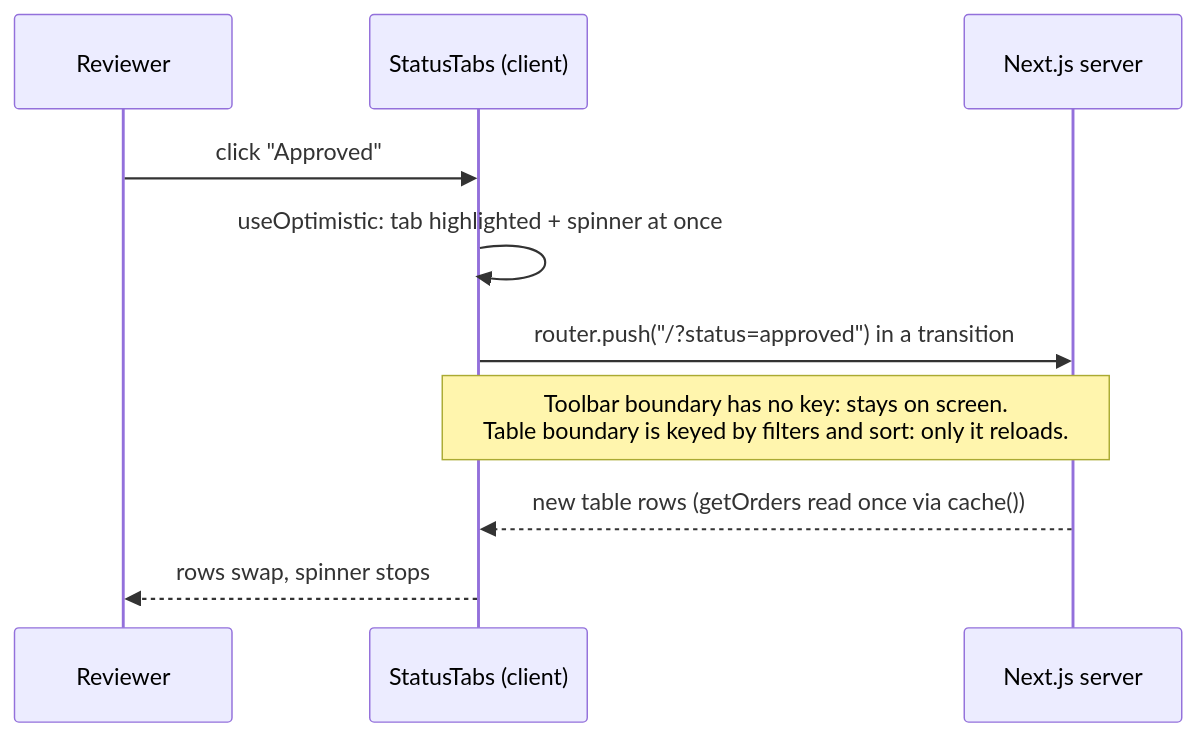
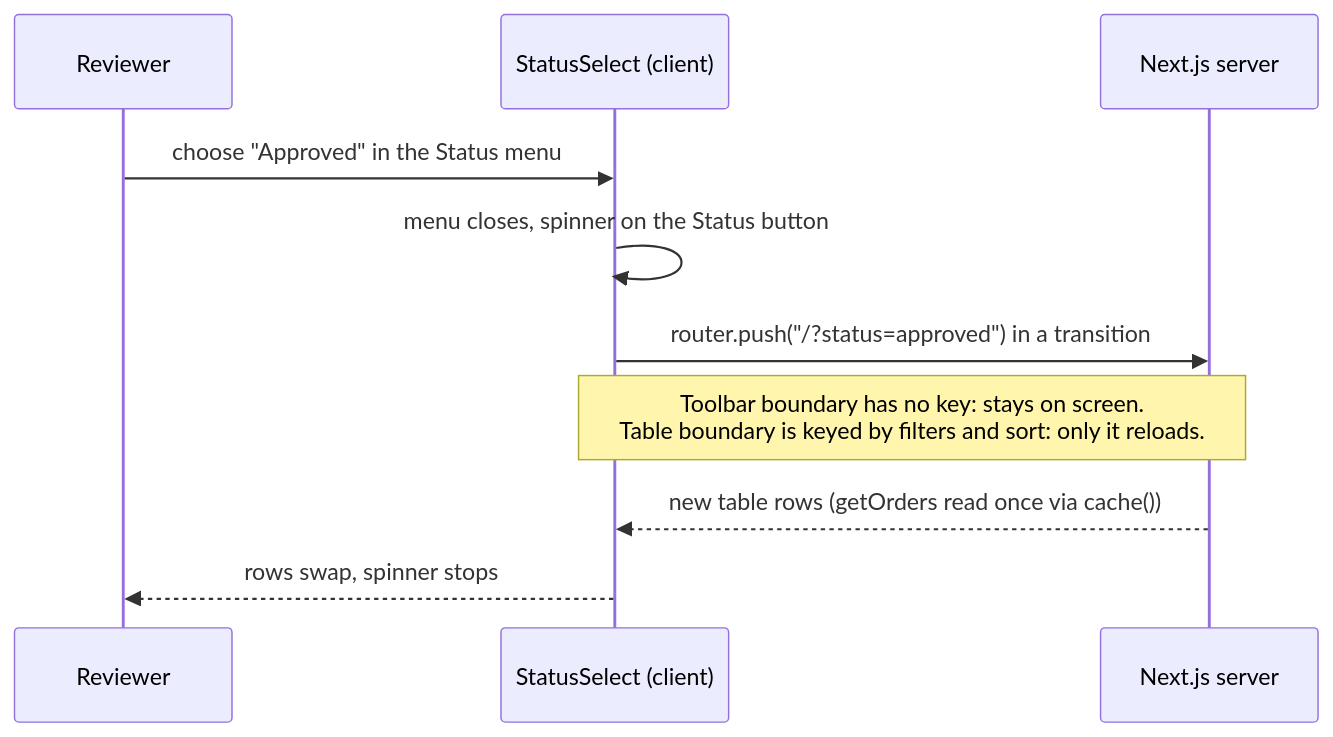
Before and after one commit to TRUPALIX9/bhf-take-home: the sixth of 10 diagrams in docs/DESIGN.md, drawn with Mermaid. The commit also changed other lines of this file and 26 other files, not shown here.

First line of the commit message:
Search on the list and the PO page; status menu; Revoke approval

````diff
--- a/docs/DESIGN.md
+++ b/docs/DESIGN.md
@@ -142,12 +143,12 @@
 ```mermaid
 sequenceDiagram
   participant U as Reviewer
-  participant T as StatusTabs (client)
+  participant T as StatusSelect (client)
   participant S as Next.js server
-  U->>T: click "Approved"
-  T->>T: useOptimistic: tab highlighted + spinner at once
+  U->>T: choose "Approved" in the Status menu
+  T->>T: menu closes, spinner on the Status button
   T->>S: router.push("/?status=approved") in a transition
   Note over T,S: Toolbar boundary has no key: stays on screen.<br/>Table boundary is keyed by filters and sort: only it reloads.
   S-->>T: new table rows (getOrders read once via cache())
   T-->>U: rows swap, spinner stops
 ```
````
